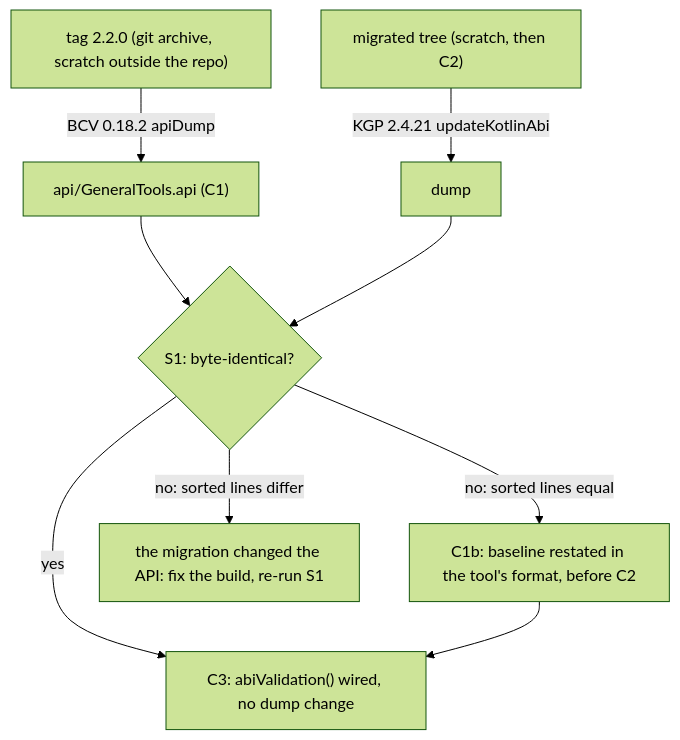
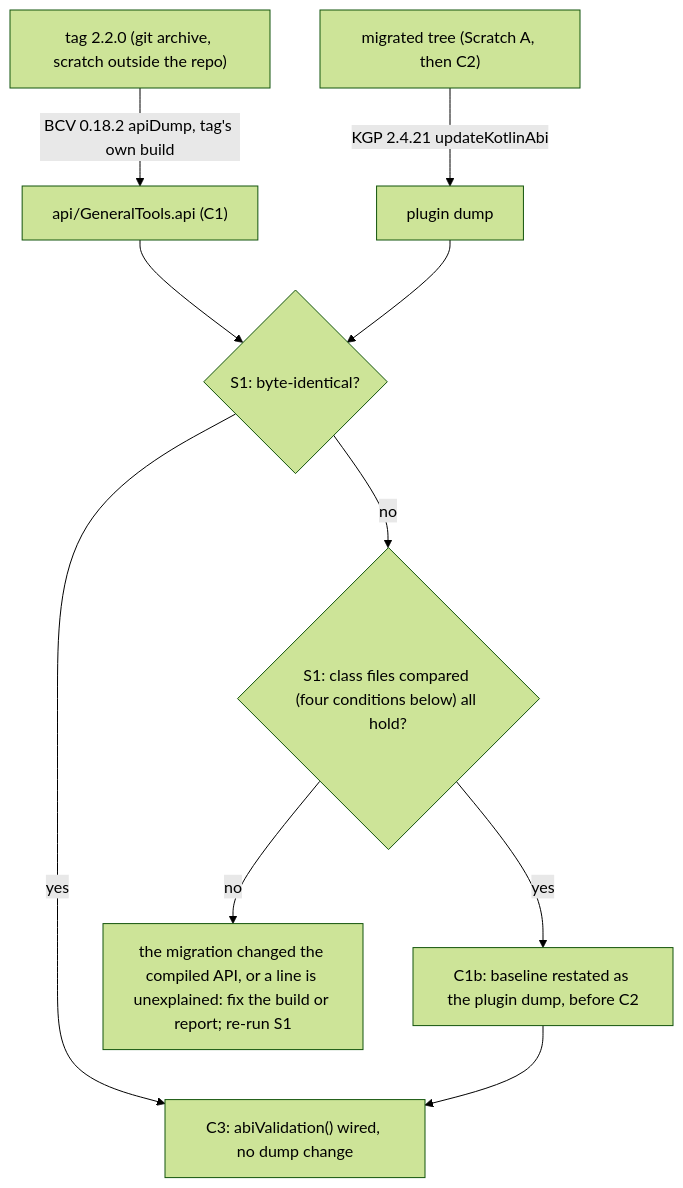
One commit to SpartanLaboratories/GeneralTools changed the second of 2 diagrams in docs/plans/7-kotlin-multiplatform/plan-kmp-build.md. Above: the diagram before and after it, drawn with Mermaid (forest theme). The commit also changed other lines of this file and 4 other files, not shown here.

````diff
--- a/docs/plans/7-kotlin-multiplatform/plan-kmp-build.md
+++ b/docs/plans/7-kotlin-multiplatform/plan-kmp-build.md
@@ -314,11 +351,12 @@
 ```mermaid
 flowchart TD
-  T["tag 2.2.0 (git archive, scratch outside the repo)"] -->|"BCV 0.18.2 apiDump"| B["api/GeneralTools.api (C1)"]
-  M["migrated tree (scratch, then C2)"] -->|"KGP 2.4.21 updateKotlinAbi"| D["dump"]
+  T["tag 2.2.0 (git archive, scratch outside the repo)"] -->|"BCV 0.18.2 apiDump, tag's own build"| B["api/GeneralTools.api (C1)"]
+  M["migrated tree (Scratch A, then C2)"] -->|"KGP 2.4.21 updateKotlinAbi"| D["plugin dump"]
   B --> CMP{"S1: byte-identical?"}
   D --> CMP
   CMP -->|yes| C3["C3: abiValidation() wired, no dump change"]
-  CMP -->|"no: sorted lines equal"| C1b["C1b: baseline restated in the tool's format, before C2"]
-  CMP -->|"no: sorted lines differ"| FIX["the migration changed the API: fix the build, re-run S1"]
+  CMP -->|no| CF{"S1: class files compared (four conditions below) all hold?"}
+  CF -->|yes| C1b["C1b: baseline restated as the plugin dump, before C2"]
+  CF -->|no| FIX["the migration changed the compiled API, or a line is unexplained: fix the build or report; re-run S1"]
   C1b --> C3
 ```
````
